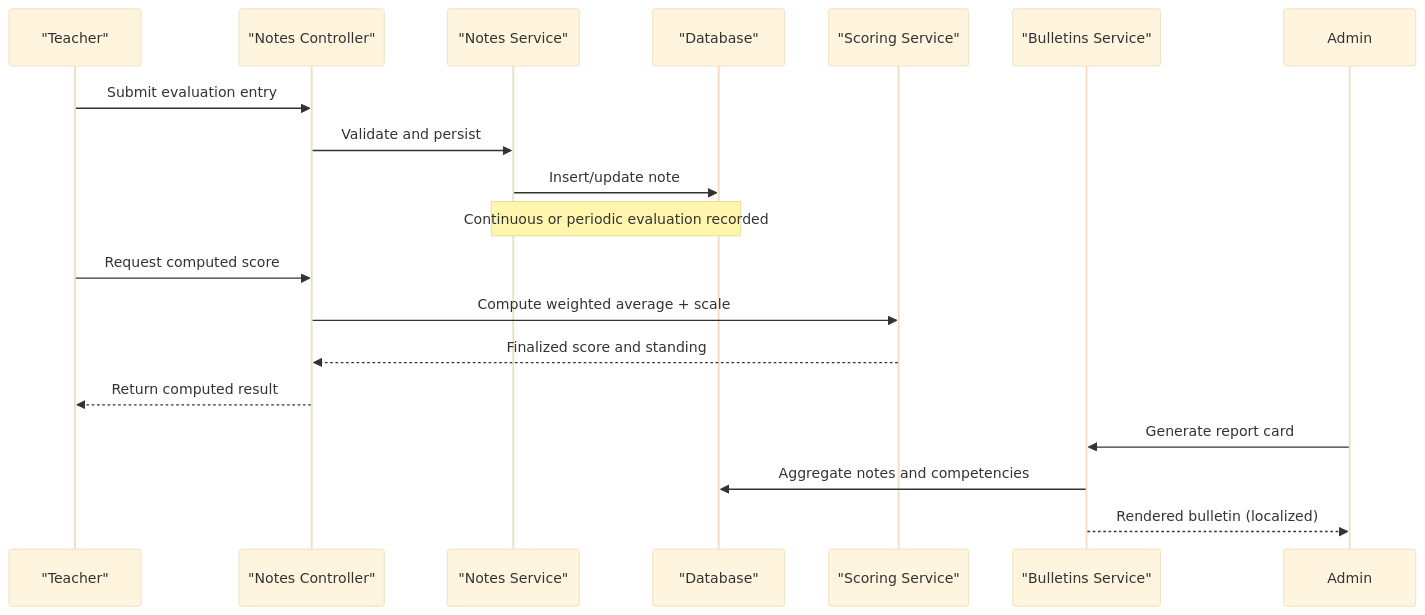
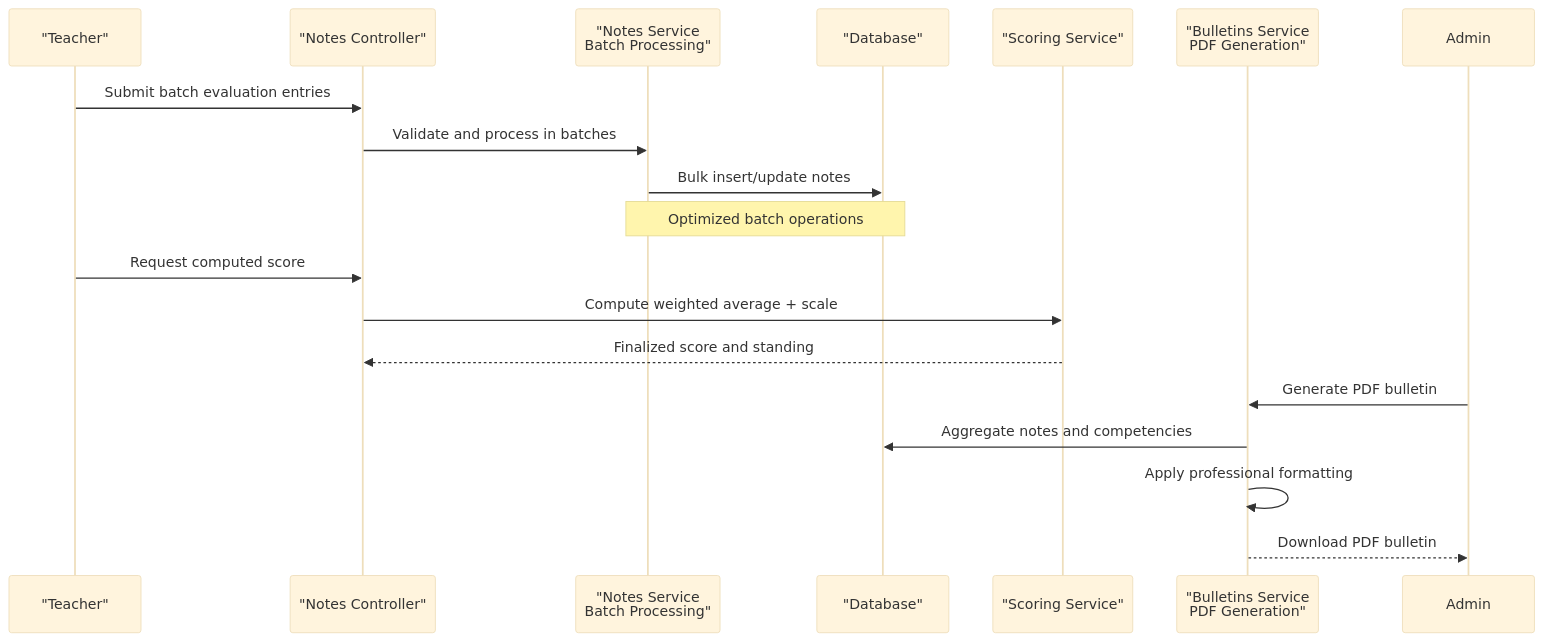
One commit to franckylab/eLISAschool changed the second of 8 diagrams in .qoder/repowiki/en/content/Academic Management System/Grade & Evaluation System/Grade & Evaluation System.md. Above: the diagram before and after it, drawn with Mermaid (base theme). The commit also changed other lines of this file and 21 other files, not shown here.

````diff
--- a/.qoder/repowiki/en/content/Academic Management System/Grade & Evaluation System/Grade & Evaluation System.md
+++ b/.qoder/repowiki/en/content/Academic Management System/Grade & Evaluation System/Grade & Evaluation System.md
@@ -120,20 +128,20 @@
 ```mermaid
 sequenceDiagram
 participant Teacher as "Teacher"
 participant API as "Notes Controller"
-participant Svc as "Notes Service"
+participant Svc as "Notes Service<br/>Batch Processing"
 participant DB as "Database"
 participant Score as "Scoring Service"
-participant Bull as "Bulletins Service"
-Teacher->>API : Submit evaluation entry
-API->>Svc : Validate and persist
-Svc->>DB : Insert/update note
-Note over Svc,DB : Continuous or periodic evaluation recorded
+participant Bull as "Bulletins Service<br/>PDF Generation"
+Teacher->>API : Submit batch evaluation entries
+API->>Svc : Validate and process in batches
+Svc->>DB : Bulk insert/update notes
+Note over Svc,DB : Optimized batch operations
 Teacher->>API : Request computed score
 API->>Score : Compute weighted average + scale
 Score-->>API : Finalized score and standing
-API-->>Teacher : Return computed result
-Admin->>Bull : Generate report card
+Admin->>Bull : Generate PDF bulletin
 Bull->>DB : Aggregate notes and competencies
-Bull-->>Admin : Rendered bulletin (localized)
+Bull->>Bull : Apply professional formatting
+Bull-->>Admin : Download PDF bulletin
 ```
````
